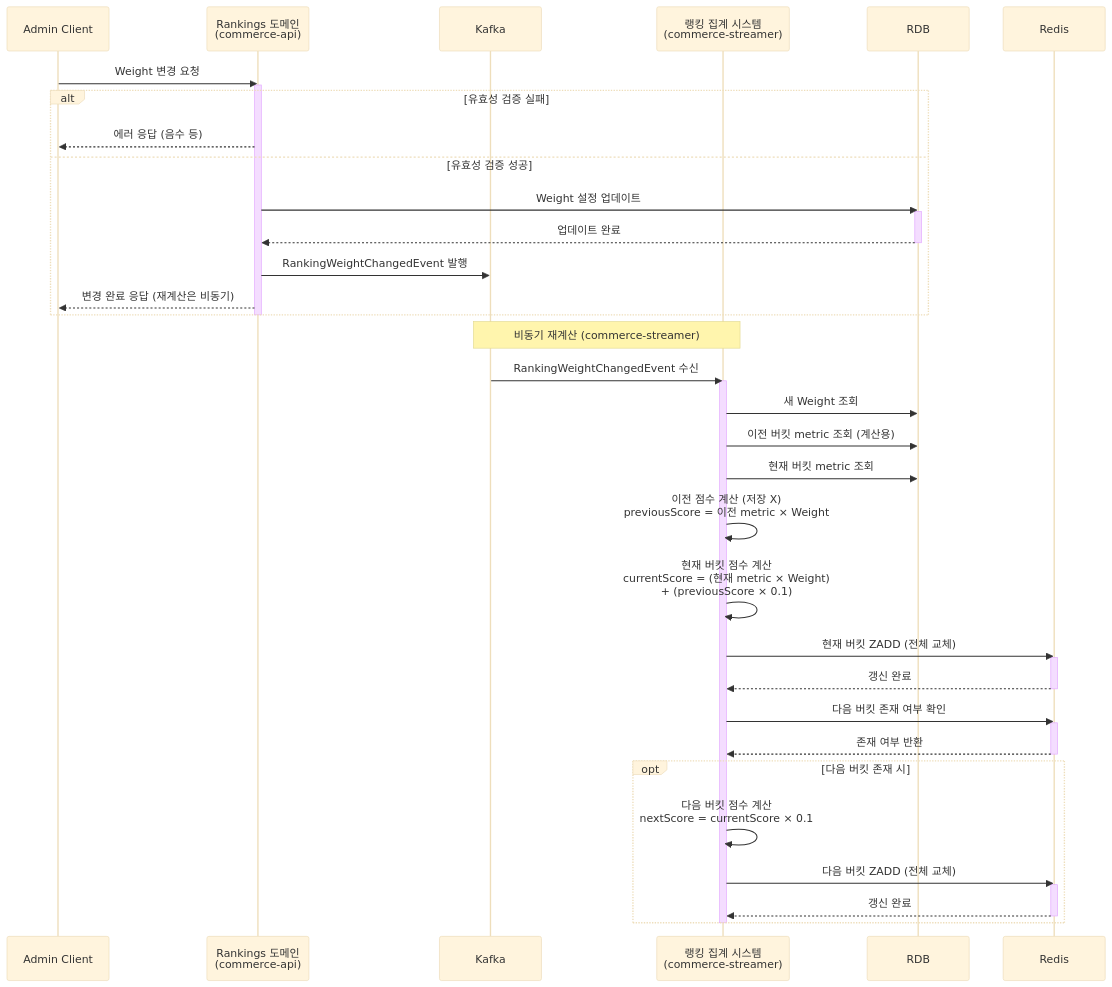
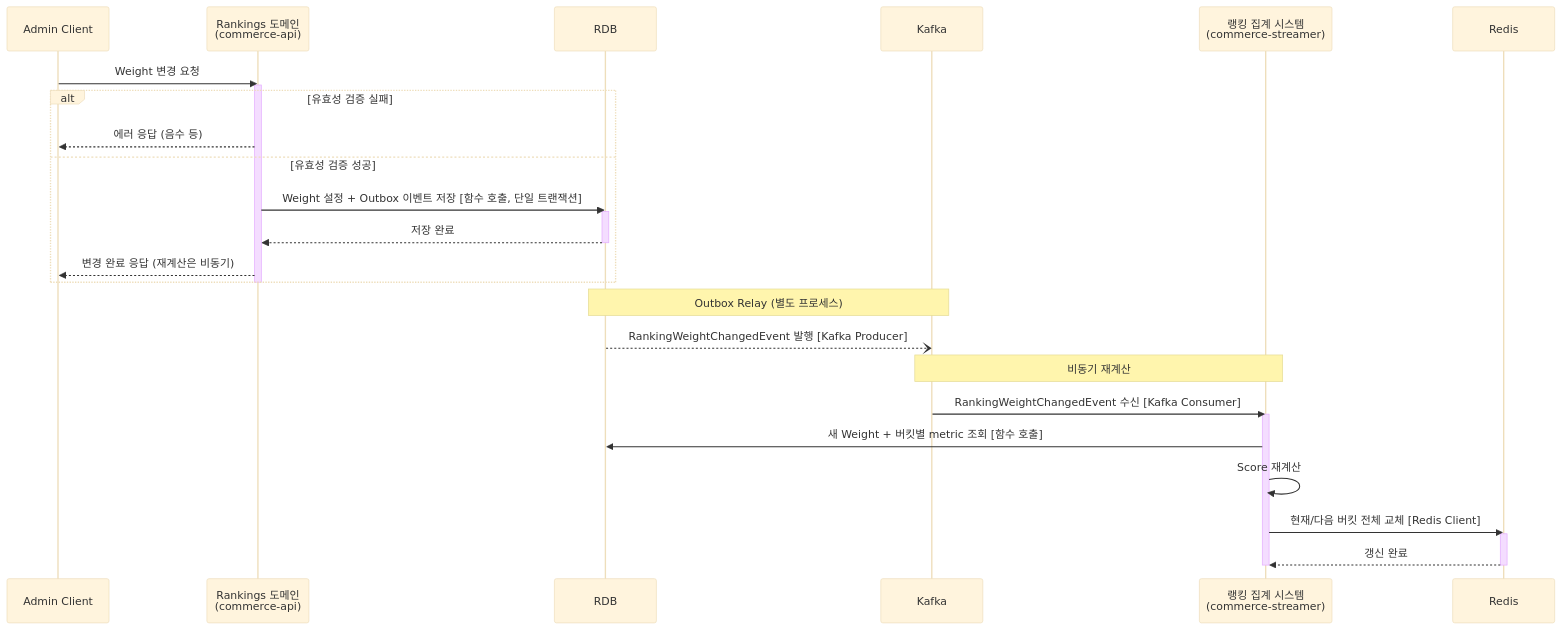
The fifth of 5 diagrams in docs/week9/solution-design-ranking-system.md (Loopers-dev-lab/loopers-spring-kotlin-template), drawn with Mermaid (base theme) before and after one commit. The commit also changed other lines of this file and 5 other files, not shown here.

````diff
--- a/docs/week9/solution-design-ranking-system.md
+++ b/docs/week9/solution-design-ranking-system.md
@@ -271,58 +256,43 @@
 ```mermaid
 sequenceDiagram
     participant C as Admin Client
     participant API as Rankings 도메인<br/>(commerce-api)
+    participant DB as RDB
     participant K as Kafka
     participant CS as 랭킹 집계 시스템<br/>(commerce-streamer)
-    participant DB as RDB
     participant R as Redis
 
     C->>API: Weight 변경 요청
     activate API
     
     alt 유효성 검증 실패
         API-->>C: 에러 응답 (음수 등)
     else 유효성 검증 성공
-        API->>DB: Weight 설정 업데이트
+        API->>DB: Weight 설정 + Outbox 이벤트 저장 [함수 호출, 단일 트랜잭션]
         activate DB
-        DB-->>API: 업데이트 완료
+        DB-->>API: 저장 완료
         deactivate DB
         
-        API->>K: RankingWeightChangedEvent 발행
         API-->>C: 변경 완료 응답 (재계산은 비동기)
     end
     deactivate API
     
-    Note over K,CS: 비동기 재계산 (commerce-streamer)
+    Note over DB,K: Outbox Relay (별도 프로세스)
+    DB--)K: RankingWeightChangedEvent 발행 [Kafka Producer]
     
-    K->>CS: RankingWeightChangedEvent 수신
+    Note over K,CS: 비동기 재계산
+    
+    K->>CS: RankingWeightChangedEvent 수신 [Kafka Consumer]
     activate CS
     
-    CS->>DB: 새 Weight 조회
-    CS->>DB: 이전 버킷 metric 조회 (계산용)
-    CS->>DB: 현재 버킷 metric 조회
+    CS->>DB: 새 Weight + 버킷별 metric 조회 [함수 호출]
     
-    CS->>CS: 이전 점수 계산 (저장 X)<br/>previousScore = 이전 metric × Weight
+    CS->>CS: Score 재계산
     
-    CS->>CS: 현재 버킷 점수 계산<br/>currentScore = (현재 metric × Weight)<br/>+ (previousScore × 0.1)
-    
-    CS->>R: 현재 버킷 ZADD (전체 교체)
+    CS->>R: 현재/다음 버킷 전체 교체 [Redis Client]
     activate R
     R-->>CS: 갱신 완료
     deactivate R
     
-    CS->>R: 다음 버킷 존재 여부 확인
-    activate R
-    R-->>CS: 존재 여부 반환
-    deactivate R
-    
-    opt 다음 버킷 존재 시
-        CS->>CS: 다음 버킷 점수 계산<br/>nextScore = currentScore × 0.1
-        CS->>R: 다음 버킷 ZADD (전체 교체)
-        activate R
-        R-->>CS: 갱신 완료
-        deactivate R
-    end
-    
     deactivate CS
 ```
````
